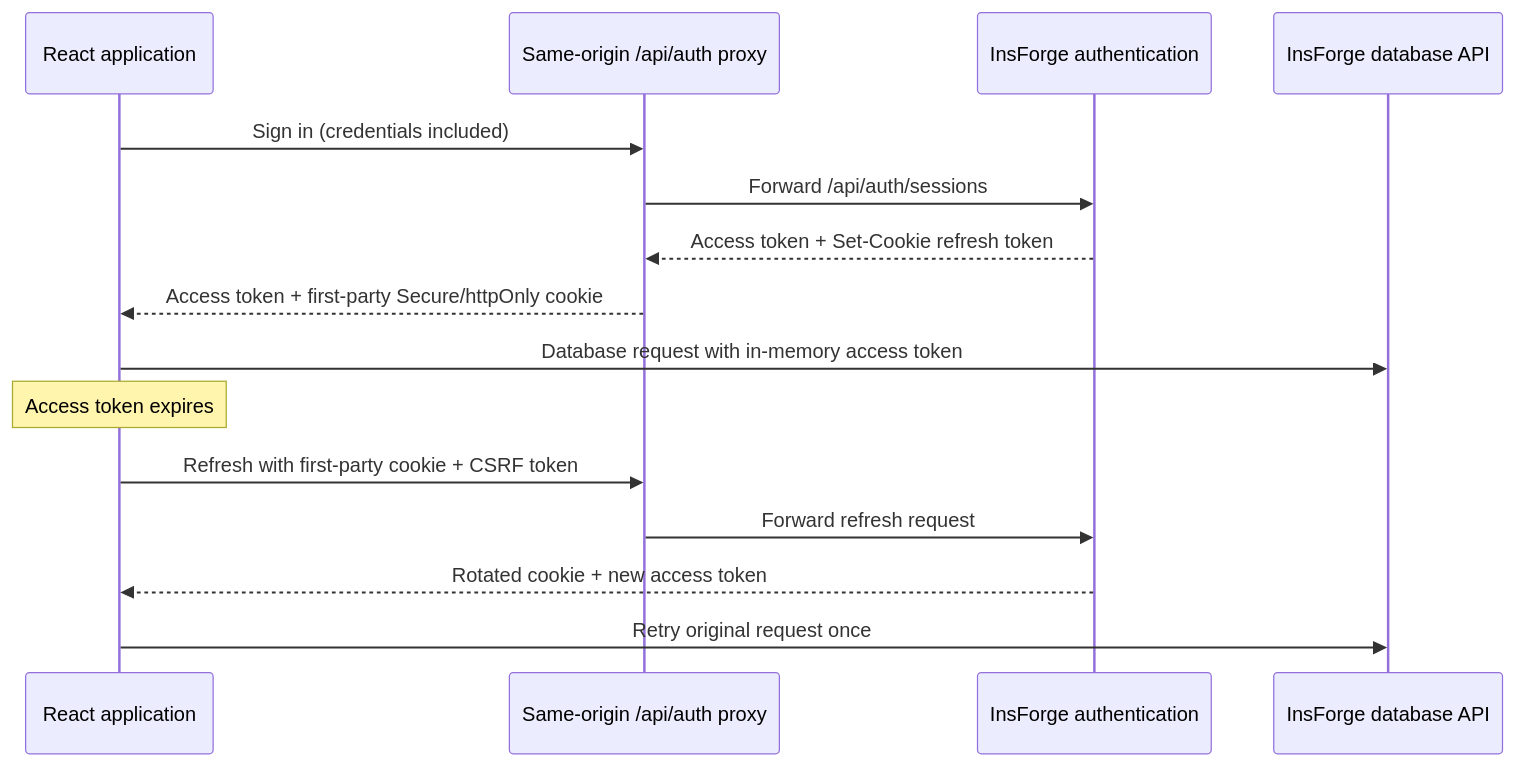
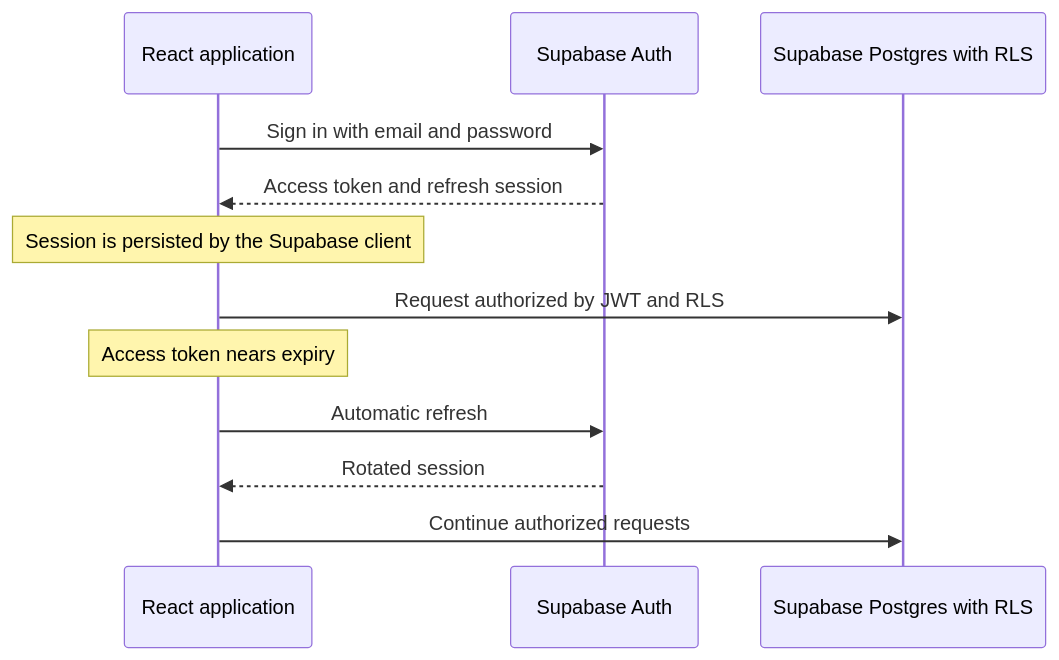
The diagram in docs/AUTH_SESSION_ARCHITECTURE.md (Danish9065/flat_expense_calculator), drawn with Mermaid before and after one commit. The commit also changed other lines of this file and 41 other files, not shown here.

Commit message:
feat: add secure Supabase recovery path

````diff
--- a/docs/AUTH_SESSION_ARCHITECTURE.md
+++ b/docs/AUTH_SESSION_ARCHITECTURE.md
@@ -21,18 +28,15 @@
 ```mermaid
 sequenceDiagram
     participant UI as React application
-    participant Proxy as Same-origin /api/auth proxy
-    participant Auth as InsForge authentication
-    participant DB as InsForge database API
+    participant Auth as Supabase Auth
+    participant DB as Supabase Postgres with RLS
 
-    UI->>Proxy: Sign in (credentials included)
-    Proxy->>Auth: Forward /api/auth/sessions
-    Auth-->>Proxy: Access token + Set-Cookie refresh token
-    Proxy-->>UI: Access token + first-party Secure/httpOnly cookie
-    UI->>DB: Database request with in-memory access token
-    Note over UI: Access token expires
-    UI->>Proxy: Refresh with first-party cookie + CSRF token
-    Proxy->>Auth: Forward refresh request
-    Auth-->>UI: Rotated cookie + new access token
-    UI->>DB: Retry original request once
+    UI->>Auth: Sign in with email and password
+    Auth-->>UI: Access token and refresh session
+    Note over UI: Session is persisted by the Supabase client
+    UI->>DB: Request authorized by JWT and RLS
+    Note over UI: Access token nears expiry
+    UI->>Auth: Automatic refresh
+    Auth-->>UI: Rotated session
+    UI->>DB: Continue authorized requests
 ```
````
